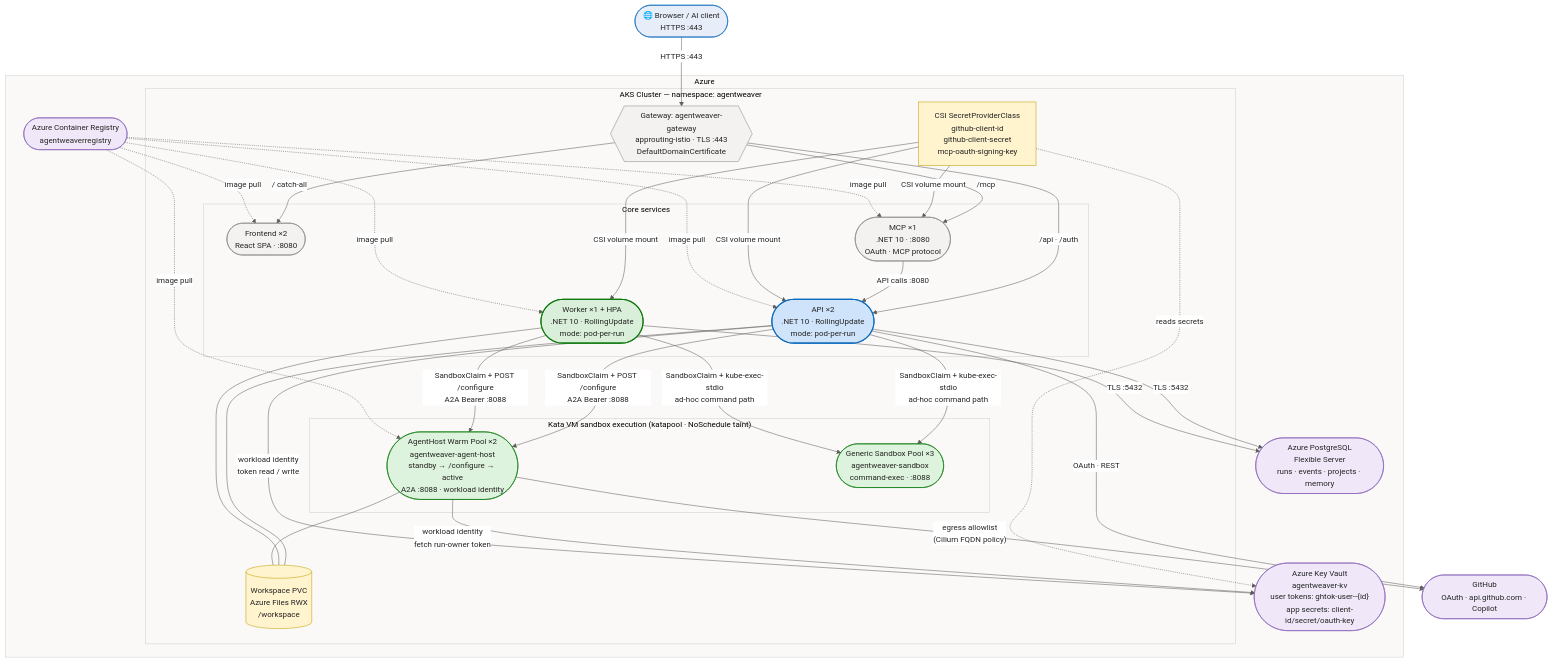
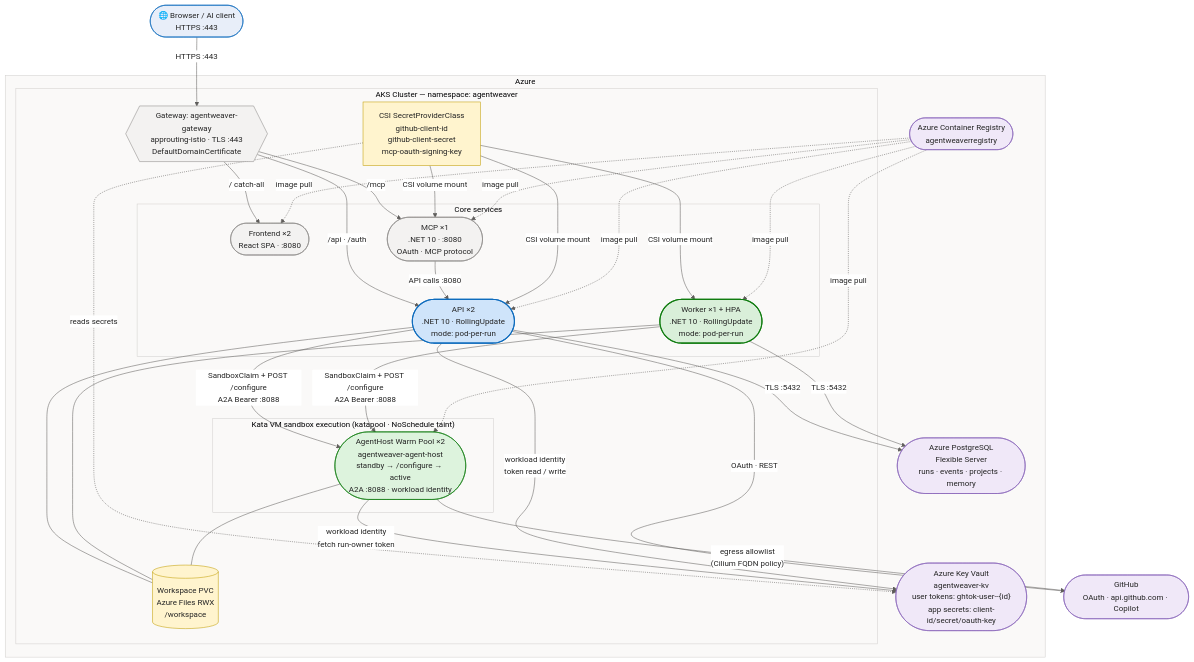
One commit to sabbour/agentweaver changed the first of 6 diagrams in docs/architecture-aks.md. Above: the diagram before and after it, drawn with Mermaid. The commit also changed other lines of this file and 21 other files, not shown here.

First line of the commit message:
chore: remove dead legacy agentweaver-sandbox image/template/warmpool

````diff
--- a/docs/architecture-aks.md
+++ b/docs/architecture-aks.md
@@ -15,74 +15,72 @@
 ```mermaid
 %%{init: {'theme':'base','themeVariables':{'fontFamily':'Segoe UI, system-ui, -apple-system, sans-serif','fontSize':'15px','primaryColor':'#E8EEF9','primaryBorderColor':'#0F6CBD','primaryTextColor':'#242424','lineColor':'#605E5C','clusterBkg':'#FAF9F8','clusterBorder':'#D2D0CE','edgeLabelBackground':'#FFFFFF'}}}%%
 flowchart TB
     client(["🌐 Browser / AI client<br/>HTTPS :443"])
 
     subgraph azure["Azure"]
         subgraph aks["AKS Cluster — namespace: agentweaver"]
             gw{{"Gateway: agentweaver-gateway<br/>approuting-istio · TLS :443<br/>DefaultDomainCertificate"}}
 
             subgraph core["Core services"]
                 fe(["Frontend ×2<br/>React SPA · :8080"])
                 api(["API ×2<br/>.NET 10 · RollingUpdate<br/>mode: pod-per-run"])
                 worker(["Worker ×1 + HPA<br/>.NET 10 · RollingUpdate<br/>mode: pod-per-run"])
                 mcp(["MCP ×1<br/>.NET 10 · :8080<br/>OAuth · MCP protocol"])
             end
 
             subgraph exec["Kata VM sandbox execution (katapool · NoSchedule taint)"]
                 ahpool(["AgentHost Warm Pool ×2<br/>agentweaver-agent-host<br/>standby → /configure → active<br/>A2A :8088 · workload identity"])
-                sbpool(["Generic Sandbox Pool ×3<br/>agentweaver-sandbox<br/>command-exec · :8088"])
             end
 
             ws[("Workspace PVC<br/>Azure Files RWX<br/>/workspace")]
             spc["CSI SecretProviderClass<br/>github-client-id<br/>github-client-secret<br/>mcp-oauth-signing-key"]
         end
 
         kv(["Azure Key Vault<br/>agentweaver-kv<br/>user tokens: ghtok-user--{id}<br/>app secrets: client-id/secret/oauth-key"])
         pg(["Azure PostgreSQL<br/>Flexible Server<br/>runs · events · projects · memory"])
         acr(["Azure Container Registry<br/>agentweaverregistry"])
     end
 
     gh(["GitHub<br/>OAuth · api.github.com · Copilot"])
 
     client -->|"HTTPS :443"| gw
     gw -->|"/ catch-all"| fe
     gw -->|"/api · /auth"| api
     gw -->|"/mcp"| mcp
     mcp -->|"API calls :8080"| api
     api & worker -->|"SandboxClaim + POST /configure<br/>A2A Bearer :8088"| ahpool
-    api & worker -->|"SandboxClaim + kube-exec-stdio<br/>ad-hoc command path"| sbpool
     api --- ws
     worker --- ws
     ahpool --- ws
     api -->|"TLS :5432"| pg
     worker -->|"TLS :5432"| pg
     spc -->|"CSI volume mount"| api
     spc -->|"CSI volume mount"| mcp
     spc -->|"CSI volume mount"| worker
     spc -.->|"reads secrets"| kv
     ahpool -->|"workload identity<br/>fetch run-owner token"| kv
     api -->|"workload identity<br/>token read / write"| kv
     api -->|"OAuth · REST"| gh
     ahpool -->|"egress allowlist<br/>(Cilium FQDN policy)"| gh
     acr -.->|"image pull"| api
     acr -.->|"image pull"| worker
     acr -.->|"image pull"| mcp
     acr -.->|"image pull"| fe
     acr -.->|"image pull"| ahpool
 
     classDef client fill:#E8EEF9,stroke:#0F6CBD,stroke-width:1px,color:#242424
     classDef svc fill:#F3F2F1,stroke:#8A8886,stroke-width:1px,color:#242424
     classDef core fill:#CFE4FA,stroke:#0F6CBD,stroke-width:2px,color:#242424
     classDef workerStyle fill:#D9EFD9,stroke:#107C10,stroke-width:2px,color:#242424
     classDef runtime fill:#DDF3DD,stroke:#107C10,stroke-width:1px,color:#242424
     classDef data fill:#FFF4CE,stroke:#C19C00,stroke-width:1px,color:#242424
     classDef ext fill:#F0E8F8,stroke:#8764B8,stroke-width:1px,color:#242424
 
     class client client
     class gw,fe,mcp svc
     class api core
     class worker workerStyle
-    class ahpool,sbpool runtime
+    class ahpool runtime
     class ws,spc data
     class kv,pg,acr,gh ext
 ```
````
